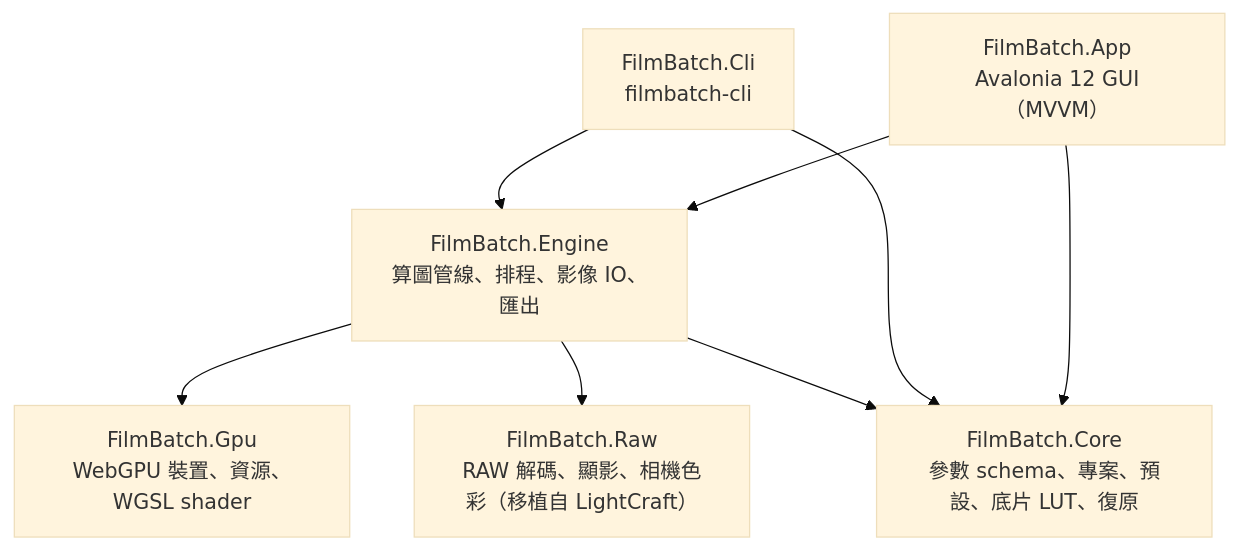
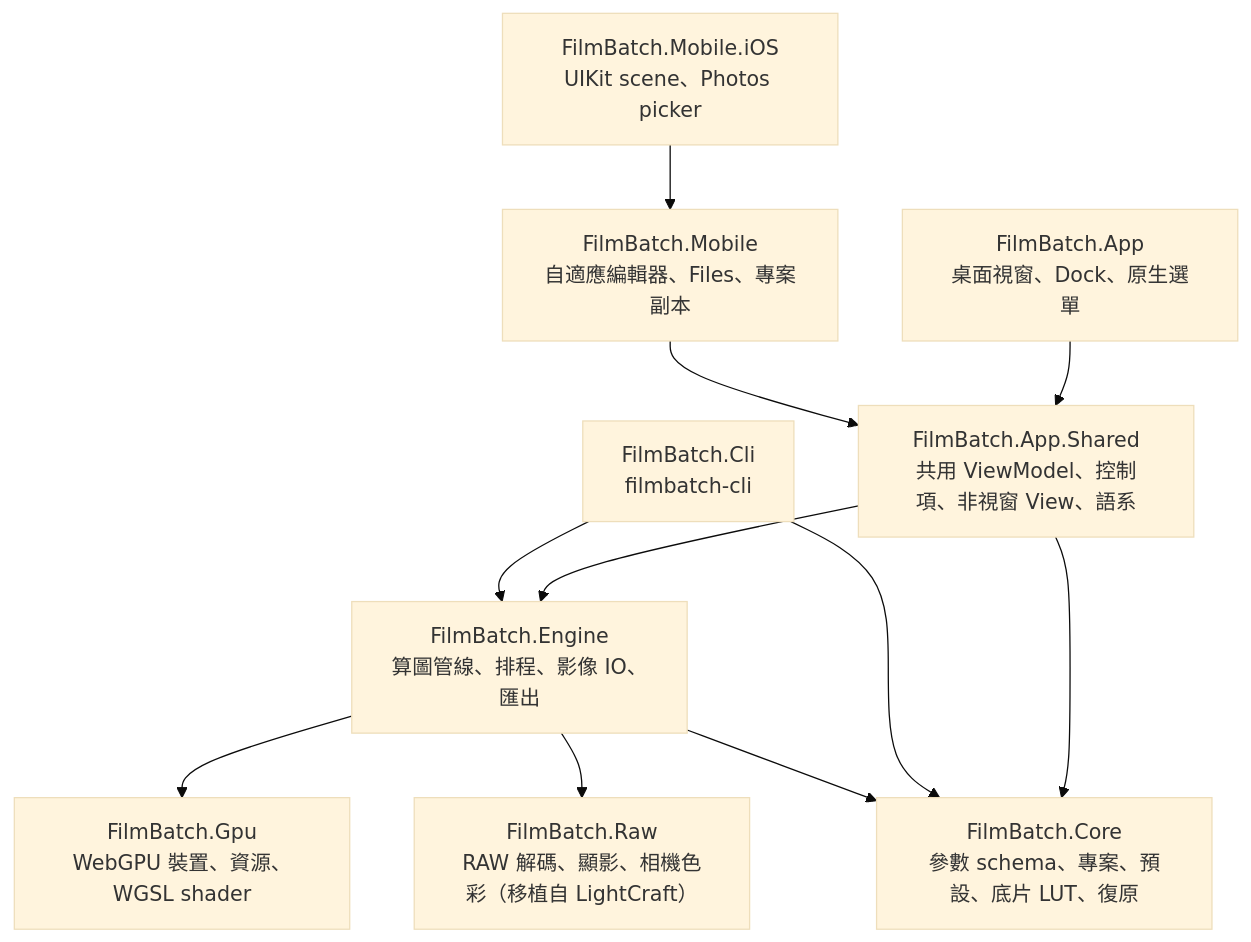
One commit to minexo79/FilmBatch changed the first of 5 diagrams in docs/architecture.md. Above: the diagram before and after it, drawn with Mermaid (base theme). The commit also changed other lines of this file and 8 other files, not shown here.

````diff
--- a/docs/architecture.md
+++ b/docs/architecture.md
@@ -52,13 +52,16 @@
 ```mermaid
 flowchart TB
-    App["FilmBatch.App<br/>Avalonia 12 GUI（MVVM）"] --> Engine
+    App["FilmBatch.App<br/>桌面視窗、Dock、原生選單"] --> Shared
+    Ios["FilmBatch.Mobile.iOS<br/>UIKit scene、Photos picker"] --> Mobile
+    Mobile["FilmBatch.Mobile<br/>自適應編輯器、Files、專案副本"] --> Shared
+    Shared["FilmBatch.App.Shared<br/>共用 ViewModel、控制項、非視窗 View、語系"] --> Engine
+    Shared --> Core
     Cli["FilmBatch.Cli<br/>filmbatch-cli"] --> Engine
-    App --> Core
     Cli --> Core
     Engine["FilmBatch.Engine<br/>算圖管線、排程、影像 IO、匯出"] --> Gpu
     Engine --> Core
     Engine --> Raw
     Gpu["FilmBatch.Gpu<br/>WebGPU 裝置、資源、WGSL shader"]
     Core["FilmBatch.Core<br/>參數 schema、專案、預設、底片 LUT、復原"]
     Raw["FilmBatch.Raw<br/>RAW 解碼、顯影、相機色彩（移植自 LightCraft）"]
 ```
````
